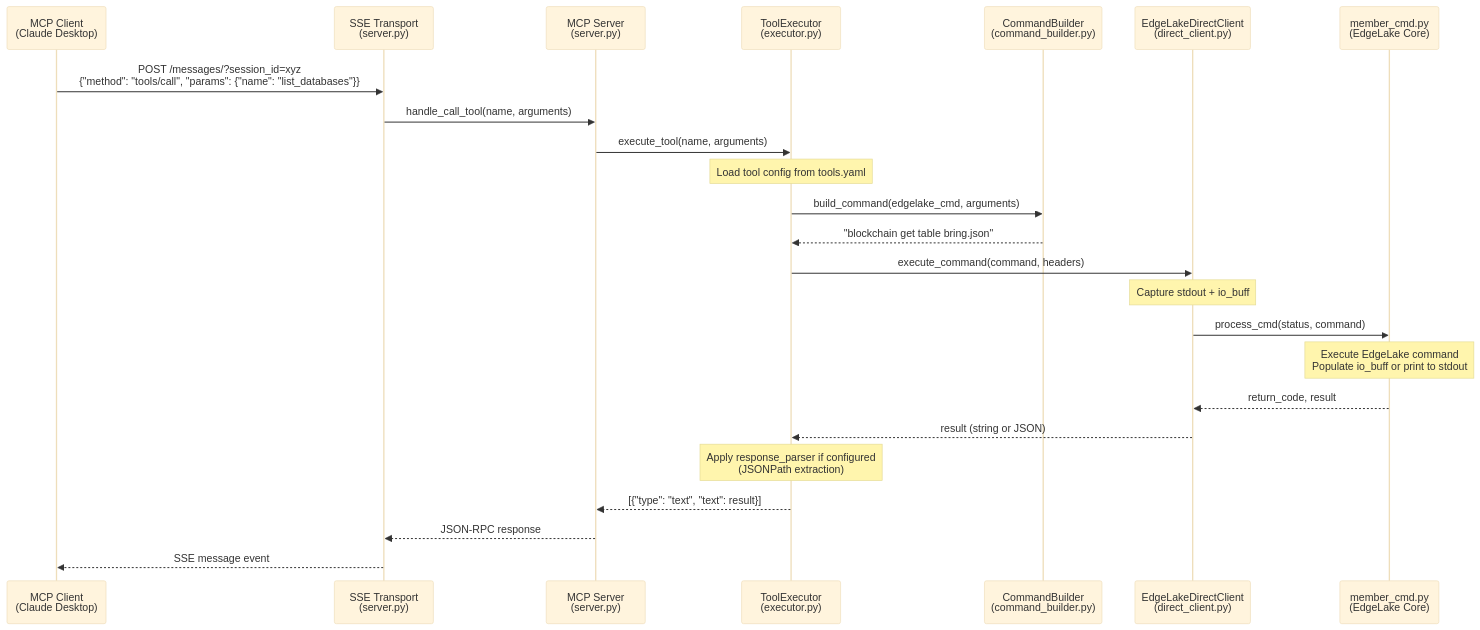
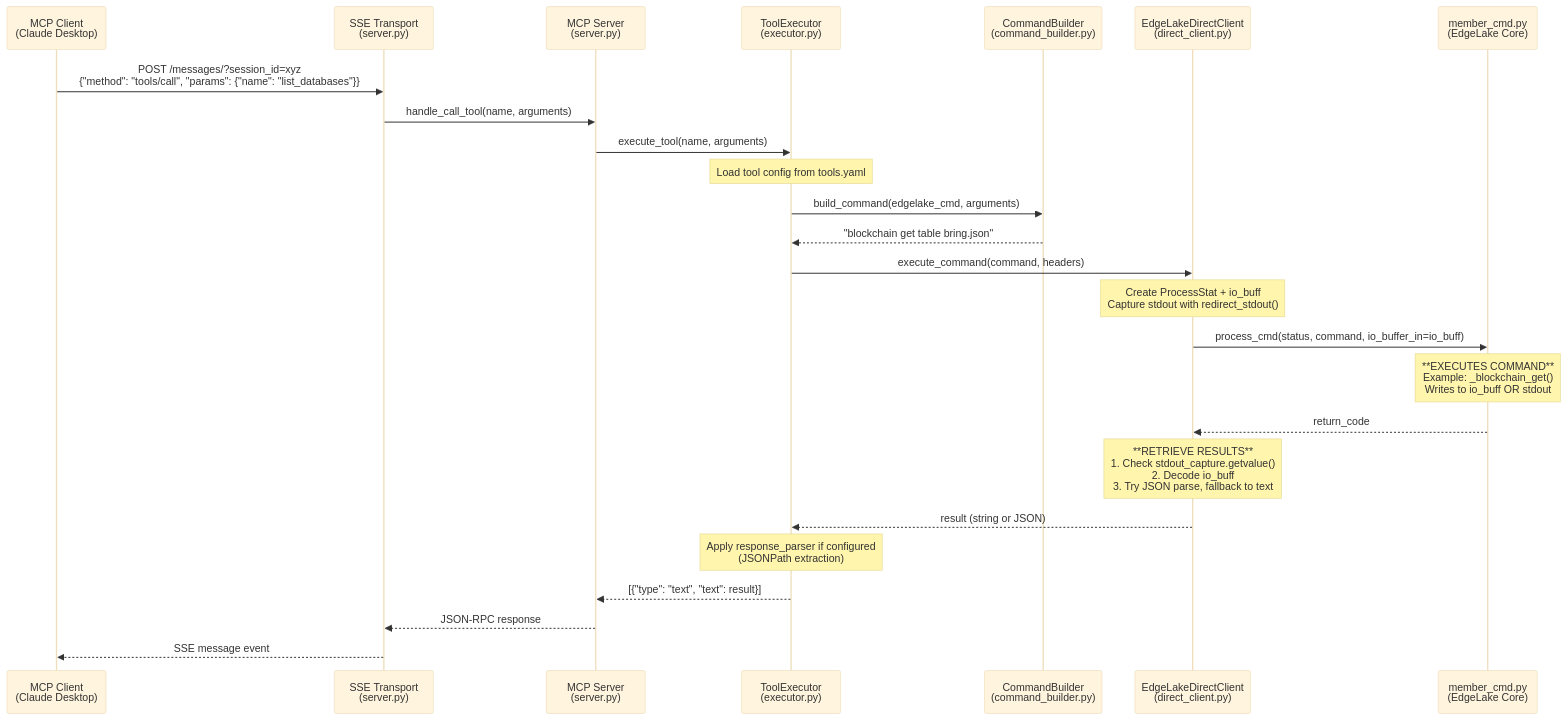
The first of 4 diagrams in edge_lake/mcp_server/TOOL_EXECUTION_FLOW.md (tom342178/EdgeLake), drawn with Mermaid (base theme) before and after one commit. The commit also changed other lines of this file and 2 other files, not shown here.

First line of the commit message:
Docs: Update sequence diagrams with detailed function calls and result retrieval

````diff
--- a/edge_lake/mcp_server/TOOL_EXECUTION_FLOW.md
+++ b/edge_lake/mcp_server/TOOL_EXECUTION_FLOW.md
@@ -7,34 +7,39 @@
 ```mermaid
 sequenceDiagram
     participant Client as MCP Client<br/>(Claude Desktop)
     participant SSE as SSE Transport<br/>(server.py)
     participant Server as MCP Server<br/>(server.py)
     participant Executor as ToolExecutor<br/>(executor.py)
     participant Builder as CommandBuilder<br/>(command_builder.py)
     participant DirectClient as EdgeLakeDirectClient<br/>(direct_client.py)
     participant MemberCmd as member_cmd.py<br/>(EdgeLake Core)
 
     Client->>SSE: POST /messages/?session_id=xyz<br/>{"method": "tools/call", "params": {"name": "list_databases"}}
     SSE->>Server: handle_call_tool(name, arguments)
     Server->>Executor: execute_tool(name, arguments)
 
     Note over Executor: Load tool config from tools.yaml
 
     Executor->>Builder: build_command(edgelake_cmd, arguments)
     Builder-->>Executor: "blockchain get table bring.json"
 
     Executor->>DirectClient: execute_command(command, headers)
 
-    Note over DirectClient: Capture stdout + io_buff
-    DirectClient->>MemberCmd: process_cmd(status, command)
-    Note over MemberCmd: Execute EdgeLake command<br/>Populate io_buff or print to stdout
-    MemberCmd-->>DirectClient: return_code, result
+    Note over DirectClient: Create ProcessStat + io_buff<br/>Capture stdout with redirect_stdout()
+
+    DirectClient->>MemberCmd: process_cmd(status, command, io_buffer_in=io_buff)
+
+    Note over MemberCmd: **EXECUTES COMMAND**<br/>Example: _blockchain_get()<br/>Writes to io_buff OR stdout
+
+    MemberCmd-->>DirectClient: return_code
+
+    Note over DirectClient: **RETRIEVE RESULTS**<br/>1. Check stdout_capture.getvalue()<br/>2. Decode io_buff<br/>3. Try JSON parse, fallback to text
 
     DirectClient-->>Executor: result (string or JSON)
 
     Note over Executor: Apply response_parser if configured<br/>(JSONPath extraction)
 
     Executor-->>Server: [{"type": "text", "text": result}]
     Server-->>SSE: JSON-RPC response
     SSE-->>Client: SSE message event
 ```
````
